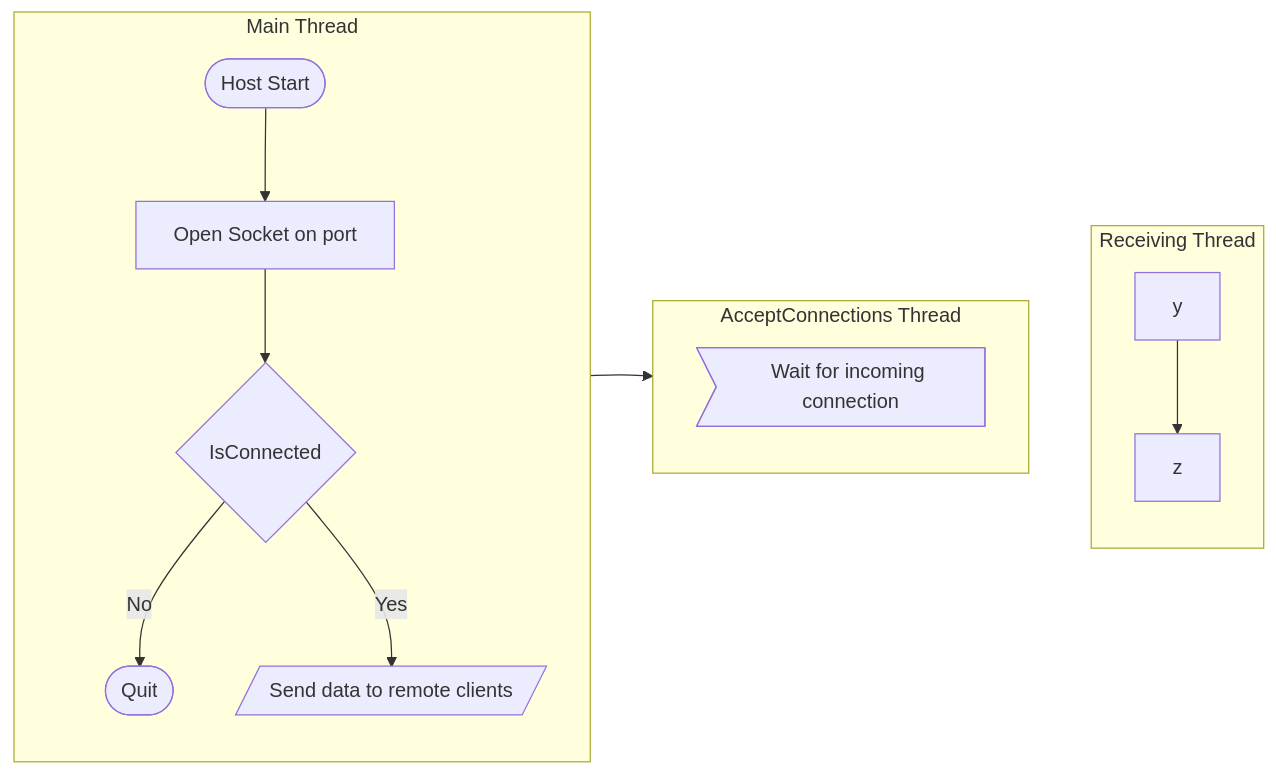
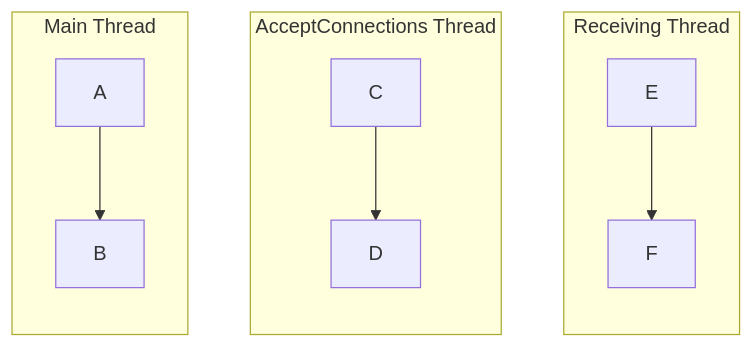
The diagram in README.md (GMcMichael/ThornNetworking), drawn with Mermaid before and after one commit.

````diff
--- a/README.md
+++ b/README.md
@@ -1,19 +1,16 @@
 ```mermaid
 flowchart LR
   mt ~~~ act ~~~ rt
   subgraph mt [Main Thread]
     direction TB
-    A([Host Start])-->B[Open Socket on port]
-    B-->C{IsConnected}
-    C-- No -->D([Quit])
-    C-- Yes -->E[/Send data to remote clients/]
+    A-->B
   end
   subgraph act [AcceptConnections Thread]
     direction TB
-    B-->F>Wait for incoming connection]
+    C-->D
   end
   subgraph rt [Receiving Thread]
     direction TB
-    y-->z
+    E-->F
   end
 ```
````
